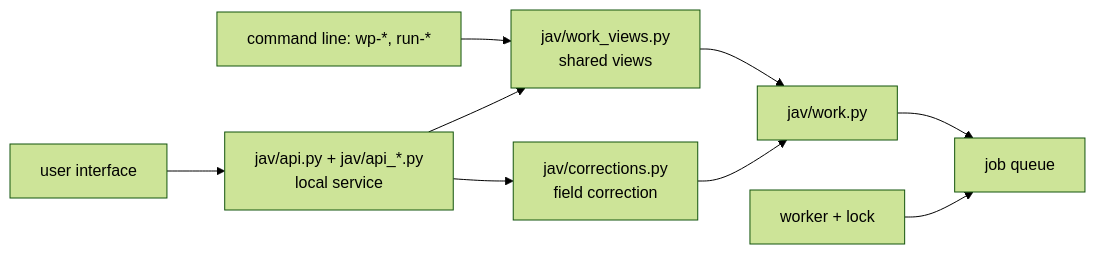
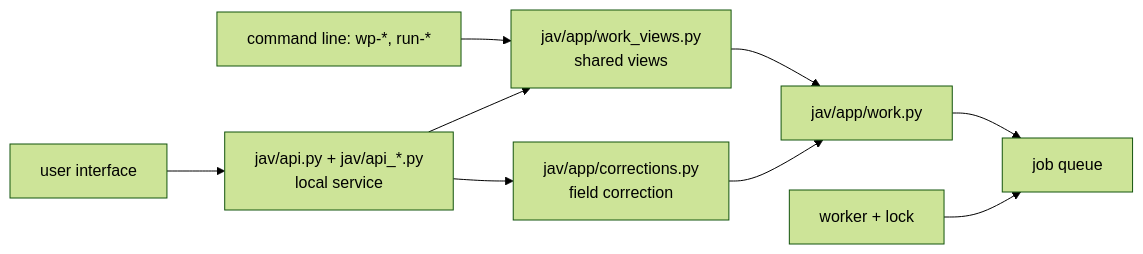
The second of 4 diagrams in docs/ARCHITECTURE.md (kassaiattila/58_JEV_AI), drawn with Mermaid (forest theme) before and after one commit. The commit also changed other lines of this file and 334 other files, not shown here.

First line of the commit message:
refactor(app): the application layer in jav/app/ (208)

````diff
--- a/docs/ARCHITECTURE.md
+++ b/docs/ARCHITECTURE.md
@@ -310,11 +310,11 @@
 ```mermaid
 flowchart LR
   UI["user interface"] --> API[jav/api.py + jav/api_*.py<br/>local service]
   CLI[command line: wp-*, run-*] --> VIEWS
-  API --> VIEWS[jav/work_views.py<br/>shared views]
-  API --> CORR[jav/corrections.py<br/>field correction]
-  VIEWS --> WORK[jav/work.py]
+  API --> VIEWS[jav/app/work_views.py<br/>shared views]
+  API --> CORR[jav/app/corrections.py<br/>field correction]
+  VIEWS --> WORK[jav/app/work.py]
   CORR --> WORK
   WORK --> Q[job queue]
   W[worker + lock] --> Q
 ```
````
